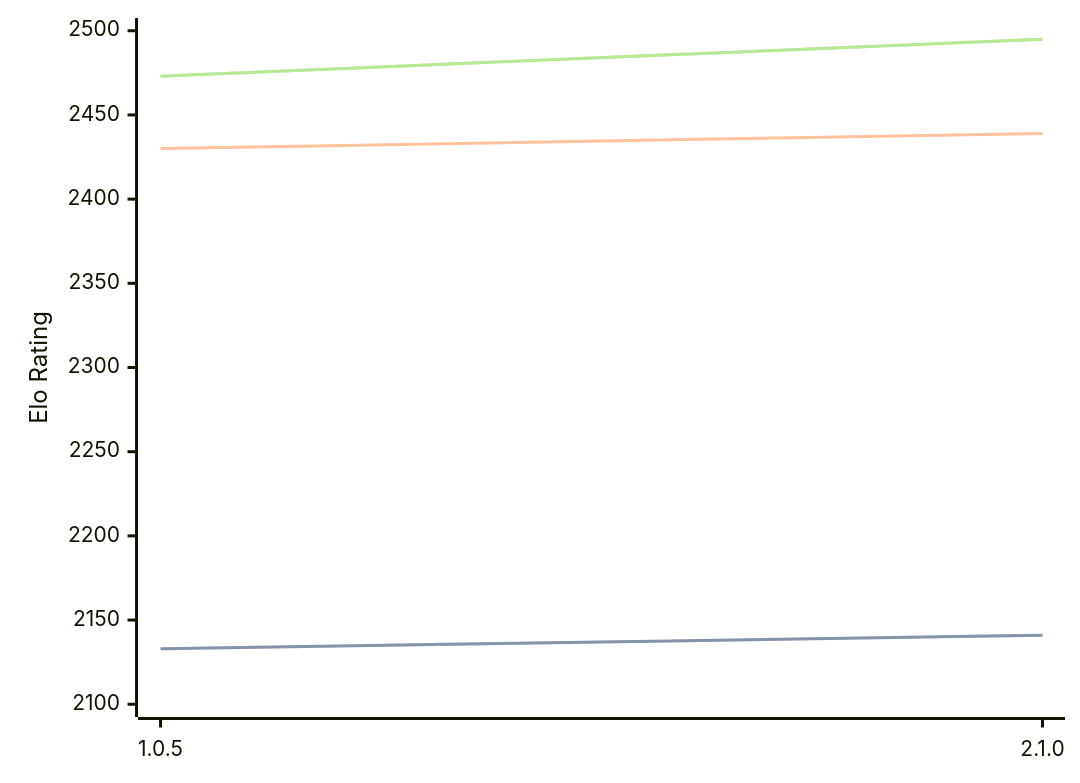
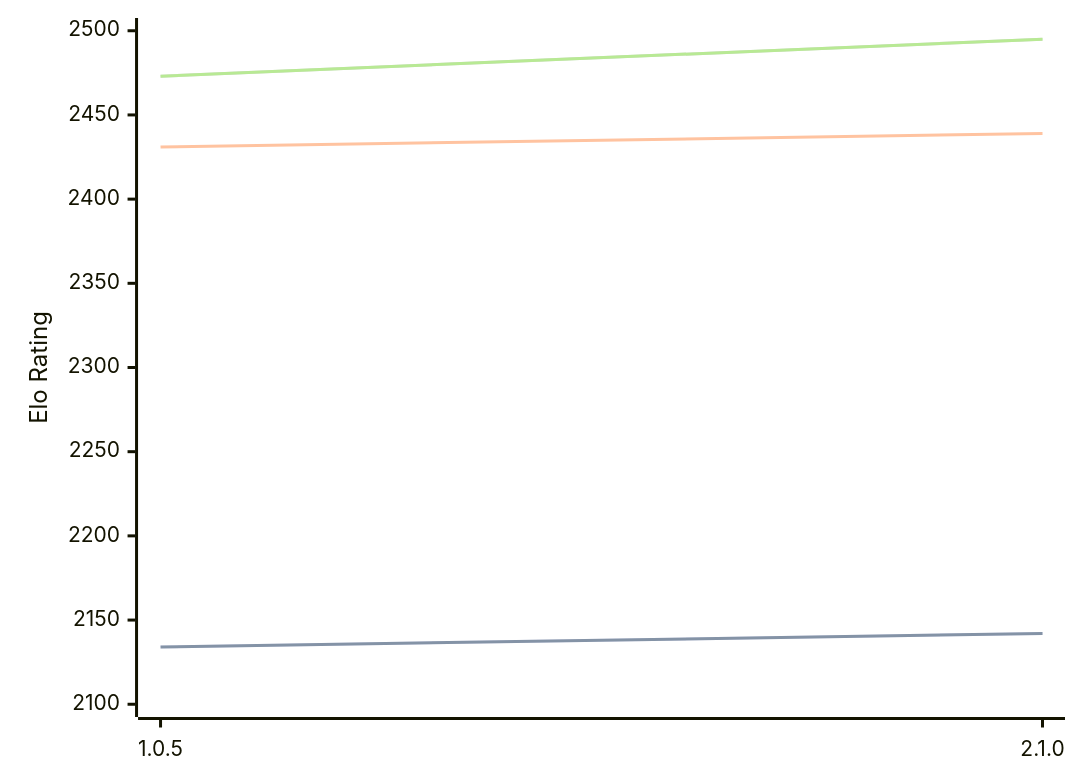
The first of 3 diagrams in engines/Ruffian.md (computer-chess-index/cci), drawn with Mermaid before and after one commit. The commit also changed other lines of this file, not shown here.

````diff
--- a/engines/Ruffian.md
+++ b/engines/Ruffian.md
@@ -32,11 +32,11 @@
 ```mermaid
 %%{init: {"theme":"base","themeVariables":{"seriesColors:['#a3a3a3','#222221','#faa371']}}}%%
 xychart-beta
   x-axis ["1.0.5", "2.1.0"]
   y-axis "Elo Rating" 2100 --> 2500
-  line "STC (8.0+0.08s)" [2133, 2141]
-  line "STC (8.0+0.08s)" [2133, 2141]
-  line "LTC (60.0+0.60s)" [2430, 2439]
+  line "STC (8.0+0.08s)" [2134, 2142]
+  line "STC (8.0+0.08s)" [2134, 2142]
+  line "LTC (60.0+0.60s)" [2431, 2439]
   line "VLTC (2m24s+1.12s)" [2473, 2495]
   line "VLTC (2m24s+1.12s)" [2473, 2495]
 ```
````
